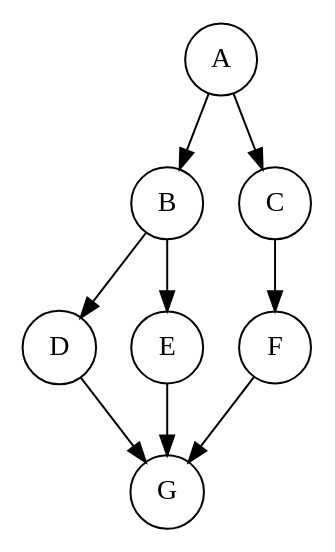
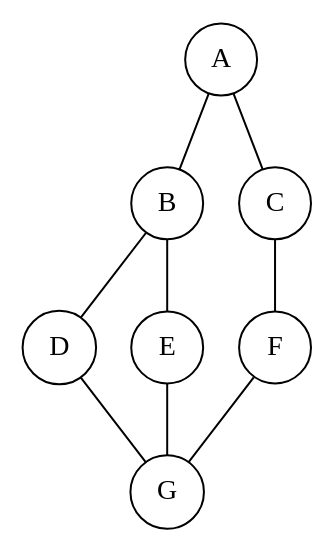
One commit to ghorpademanasi2007/IAI_SLE2 changed the diagram in graph.dot. Above: the diagram before and after it, drawn with Graphviz.

Commit message:
Update BFS DFS graph for SLE2

```diff
--- a/graph.dot
+++ b/graph.dot
@@ -1,18 +1,13 @@
-digraph BFS_DFS {
+graph BFS_DFS_Graph {
     rankdir=TB;
     node [shape=circle];
 
-    A -> B;
-    A -> C;
-    B -> D;
-    B -> E;
-    C -> F;
-    D -> G;
-    E -> G;
-    F -> G;
+    A -- B;
+    A -- C;
+    B -- D;
+    B -- E;
+    C -- F;
+    D -- G;
+    E -- G;
+    F -- G;
 }
-
-// Start: A
-// Best target: A
-// Average target: E
-// Worst target: Z (not present)
```
